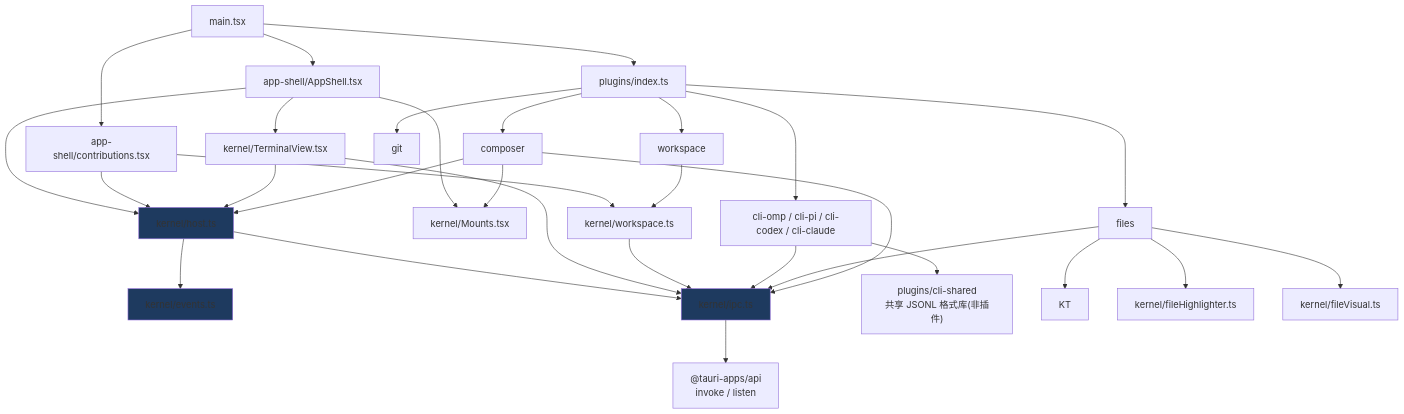
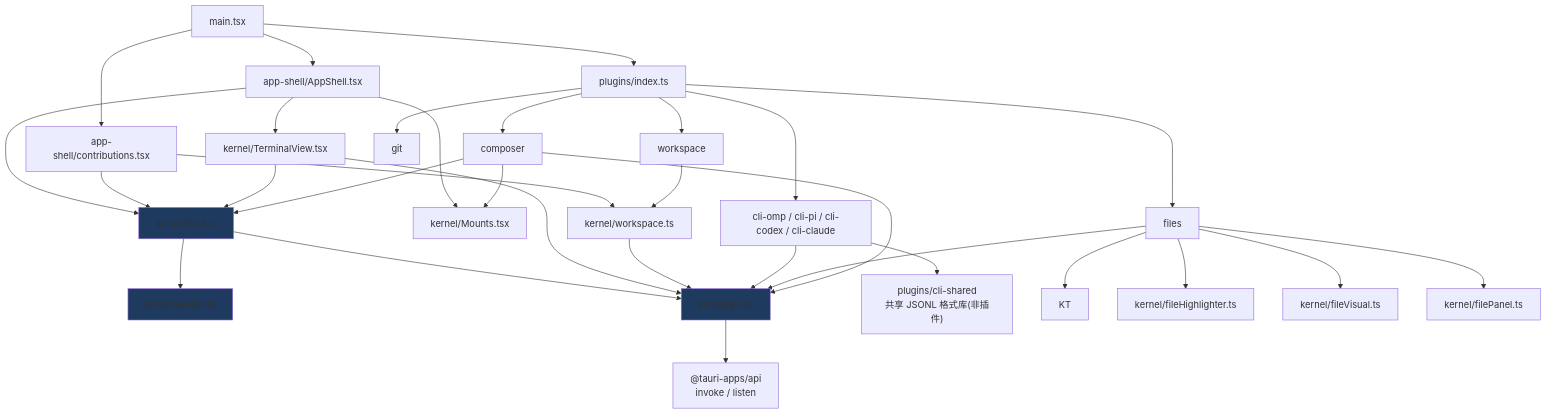
Before and after one commit to chenxiangning/tmd-cli: the eighth of 8 diagrams in docs/architecture/02-code-architecture.md, drawn with Mermaid. The commit also changed other lines of this file and 11 other files, not shown here.

````diff
--- a/docs/architecture/02-code-architecture.md
+++ b/docs/architecture/02-code-architecture.md
@@ -275,36 +274,36 @@
 ```mermaid
 flowchart TD
     M["main.tsx"] --> AS["app-shell/AppShell.tsx"]
     M --> CT["app-shell/contributions.tsx"]
     M --> PI["plugins/index.ts"]
 
     AS --> KH["kernel/host.ts"]
     AS --> KM["kernel/Mounts.tsx"]
     AS --> KTV["kernel/TerminalView.tsx"]
     CT --> KH
     CT --> KW["kernel/workspace.ts"]
 
     PI --> P1["cli-omp / cli-pi / cli-codex / cli-claude"]
     PI --> P2["workspace"]
     PI --> P3["files"]
     PI --> P4["git"]
     PI --> P5["composer"]
 
     KH --> KE["kernel/events.ts"]
     KH --> KI["kernel/ipc.ts"]
     KTV --> KI
     KTV --> KH
     KW --> KI
 
     P1 --> KI
     P1 --> SH["plugins/cli-shared<br/>共享 JSONL 格式库(非插件)"]
     P2 --> KW
-    P3 --> KI & KT & KFH["kernel/fileHighlighter.ts"] & KFV["kernel/fileVisual.ts"]
+    P3 --> KI & KT & KFH["kernel/fileHighlighter.ts"] & KFV["kernel/fileVisual.ts"] & KFP["kernel/filePanel.ts"]
     P5 --> KH & KM & KI
 
     KI --> TAPI["@tauri-apps/api<br/>invoke / listen"]
 
     style KE fill:#1e3a5f
     style KI fill:#1e3a5f
     style KH fill:#1e3a5f
 ```
````
